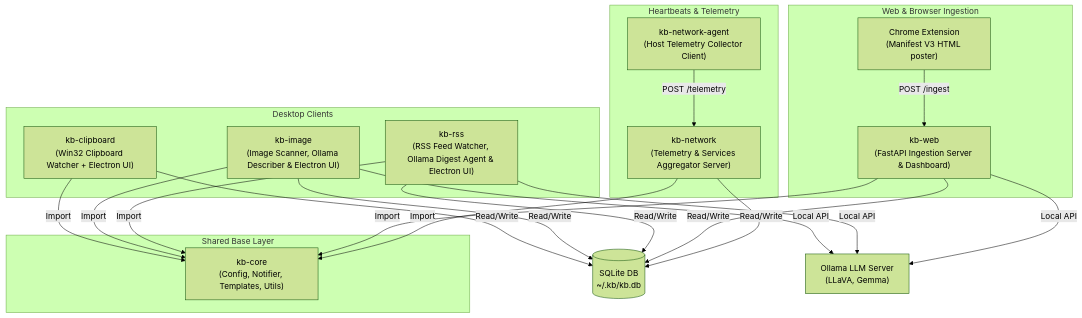
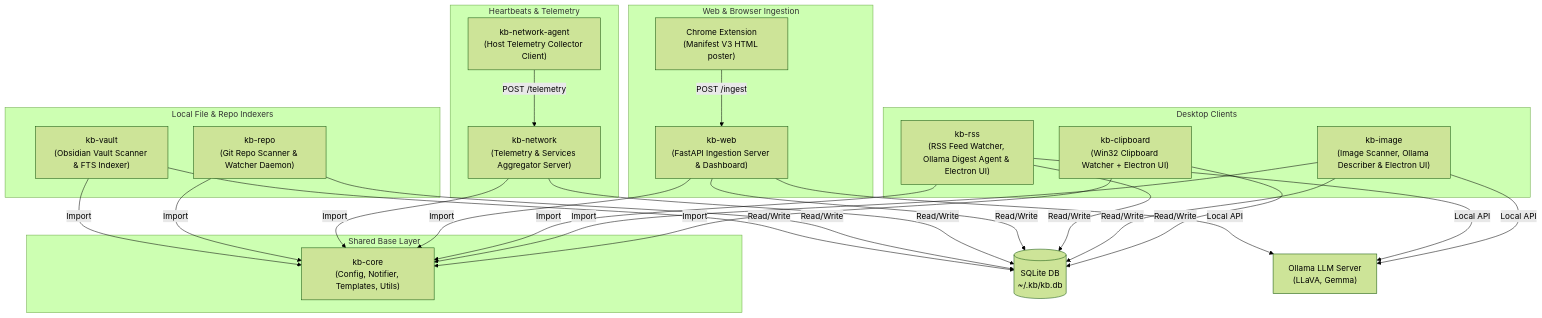
The diagram in docs/index.md (Willmo103/kb-wiki), drawn with Mermaid (forest theme) before and after one commit. The commit also changed other lines of this file and 8 other files, not shown here.

Commit message:
docs: integrate kb-repo and kb-vault documentation and CLI reference

````diff
--- a/docs/index.md
+++ b/docs/index.md
@@ -20,49 +20,59 @@
 ```mermaid
 graph TD
     %% Base Core Component
     subgraph Core Library [Shared Base Layer]
         KBCore["kb-core<br/>(Config, Notifier, Templates, Utils)"]
     end
 
     %% Client applications
     subgraph Local Desktop Ingestion [Desktop Clients]
         KBClip["kb-clipboard<br/>(Win32 Clipboard Watcher + Electron UI)"]
         KBImg["kb-image<br/>(Image Scanner, Ollama Describer & Electron UI)"]
         KBRss["kb-rss<br/>(RSS Feed Watcher, Ollama Digest Agent & Electron UI)"]
+    end
+
+    %% Local indexing
+    subgraph Local Indexing [Local File & Repo Indexers]
+        KBRepo["kb-repo<br/>(Git Repo Scanner & Watcher Daemon)"]
+        KBVault["kb-vault<br/>(Obsidian Vault Scanner & FTS Indexer)"]
     end
 
     %% Web ingestion
     subgraph Web Portal [Web & Browser Ingestion]
         KBWeb["kb-web<br/>(FastAPI Ingestion Server & Dashboard)"]
         ChromeExt["Chrome Extension<br/>(Manifest V3 HTML poster)"]
         ChromeExt -->|POST /ingest| KBWeb
     end
 
     %% Central networking & telemetry
     subgraph Telemetry Network [Heartbeats & Telemetry]
         KBNetServer["kb-network<br/>(Telemetry & Services Aggregator Server)"]
         KBNetAgent1["kb-network-agent<br/>(Host Telemetry Collector Client)"]
         KBNetAgent1 -->|POST /telemetry| KBNetServer
     end
 
     %% Database storage & API connections
     SQLite[("SQLite DB<br/>~/.kb/kb.db")]
     Ollama["Ollama LLM Server<br/>(LLaVA, Gemma)"]
 
     %% Connections
     KBClip -->|Read/Write| SQLite
     KBImg -->|Read/Write| SQLite
     KBRss -->|Read/Write| SQLite
     KBWeb -->|Read/Write| SQLite
     KBNetServer -->|Read/Write| SQLite
+    KBRepo -->|Read/Write| SQLite
+    KBVault -->|Read/Write| SQLite
 
     KBImg -->|Local API| Ollama
     KBRss -->|Local API| Ollama
     KBWeb -->|Local API| Ollama
 
     KBClip -->|Import| KBCore
     KBImg -->|Import| KBCore
     KBRss -->|Import| KBCore
     KBWeb -->|Import| KBCore
     KBNetServer -->|Import| KBCore
+    KBRepo -->|Import| KBCore
+    KBVault -->|Import| KBCore
 ```
````
